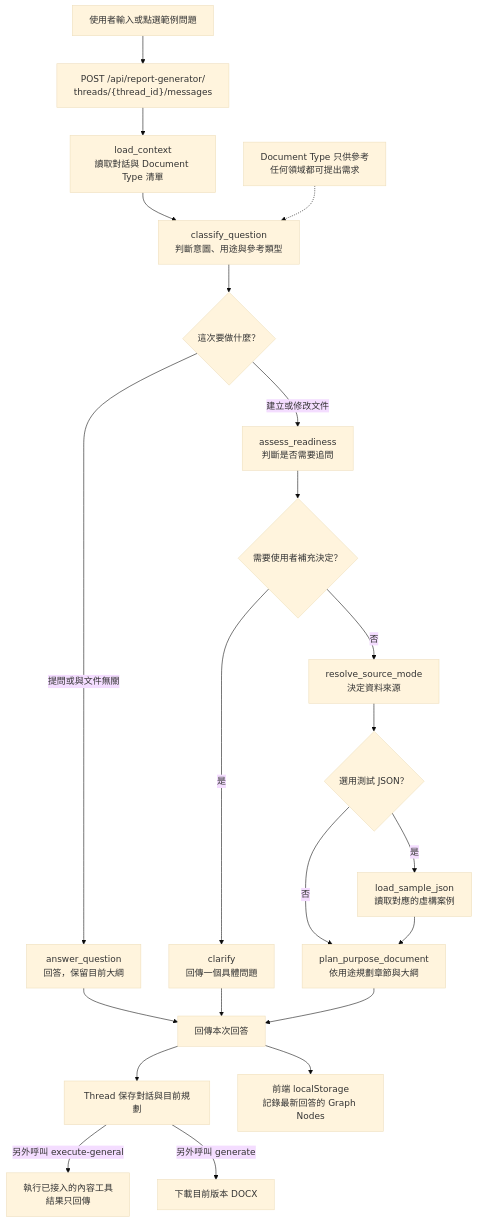
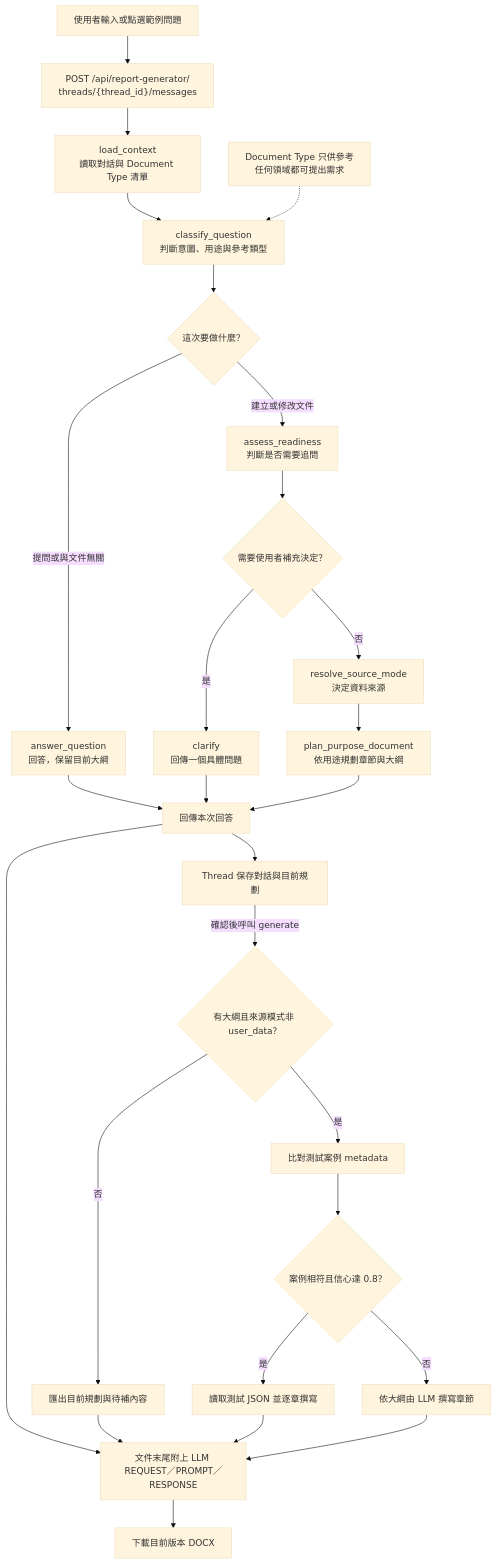
Before and after one commit to Aitc-leonlin/AITC-GeneralDocumentationGeneratorAgent: the diagram in output/report_generator_graph_workflow.mmd, drawn with Mermaid (base theme). The commit also changed 200 other files, not shown here.

```diff
--- a/output/report_generator_graph_workflow.mmd
+++ b/output/report_generator_graph_workflow.mmd
@@ -1,29 +1,33 @@
 flowchart TD
     USER["使用者輸入或點選範例問題"] --> API["POST /api/report-generator/<br/>threads/{thread_id}/messages"]
     API --> CONTEXT["load_context<br/>讀取對話與 Document Type 清單"]
     CONTEXT --> CLASSIFY["classify_question<br/>判斷意圖、用途與參考類型"]
     TYPES["Document Type 只供參考<br/>任何領域都可提出需求"] -.-> CLASSIFY
 
     CLASSIFY --> INTENT{"這次要做什麼？"}
     INTENT -- "提問或與文件無關" --> ANSWER["answer_question<br/>回答，保留目前大綱"]
     INTENT -- "建立或修改文件" --> ASSESS["assess_readiness<br/>判斷是否需要追問"]
     ASSESS --> NEED{"需要使用者補充決定？"}
     NEED -- "是" --> CLARIFY["clarify<br/>回傳一個具體問題"]
     NEED -- "否" --> SOURCE["resolve_source_mode<br/>決定資料來源"]
 
-    SOURCE --> SAMPLE{"選用測試 JSON？"}
-    SAMPLE -- "是" --> LOAD_SAMPLE["load_sample_json<br/>讀取對應的虛構案例"]
-    SAMPLE -- "否" --> PLAN["plan_purpose_document<br/>依用途規劃章節與大綱"]
-    LOAD_SAMPLE --> PLAN
+    SOURCE --> PLAN["plan_purpose_document<br/>依用途規劃章節與大綱"]
 
     ANSWER --> RESPONSE["回傳本次回答"]
     CLARIFY --> RESPONSE
     PLAN --> RESPONSE
     RESPONSE --> THREAD["Thread 保存對話與目前規劃"]
     RESPONSE --> TRACE["前端 localStorage<br/>記錄最新回答的 Graph Nodes"]
 
-    THREAD -- "另外呼叫 execute-general" --> EXEC["執行已接入的內容工具<br/>結果只回傳"]
-    THREAD -- "另外呼叫 generate" --> DOCX["下載目前版本 DOCX"]
+    THREAD -- "確認後呼叫 generate" --> EXPORT{"有大綱且來源模式非 user_data？"}
+    EXPORT -- "否" --> PROGRESS["匯出目前規劃與待補內容"]
+    EXPORT -- "是" --> MATCH["比對測試案例 metadata"]
+    MATCH --> MATCHED{"案例相符且信心達 0.8？"}
+    MATCHED -- "是" --> JSON["讀取測試 JSON 並逐章撰寫"]
+    MATCHED -- "否" --> LLM["依大綱由 LLM 撰寫章節"]
+    PROGRESS --> TRACE["文件末尾附上 LLM REQUEST／PROMPT／RESPONSE"]
+    JSON --> TRACE
+    LLM --> TRACE
+    TRACE --> DOCX["下載目前版本 DOCX"]
 
-    %% /draft 使用相同的對話 Graph，但不保存 Thread。
-    %% 既存固定格式資料的相容下載及單一 Document Type 的 /replan 入口未列入此主流程圖。
+    %% 既存固定格式資料的相容下載未列入此主流程圖。
```
